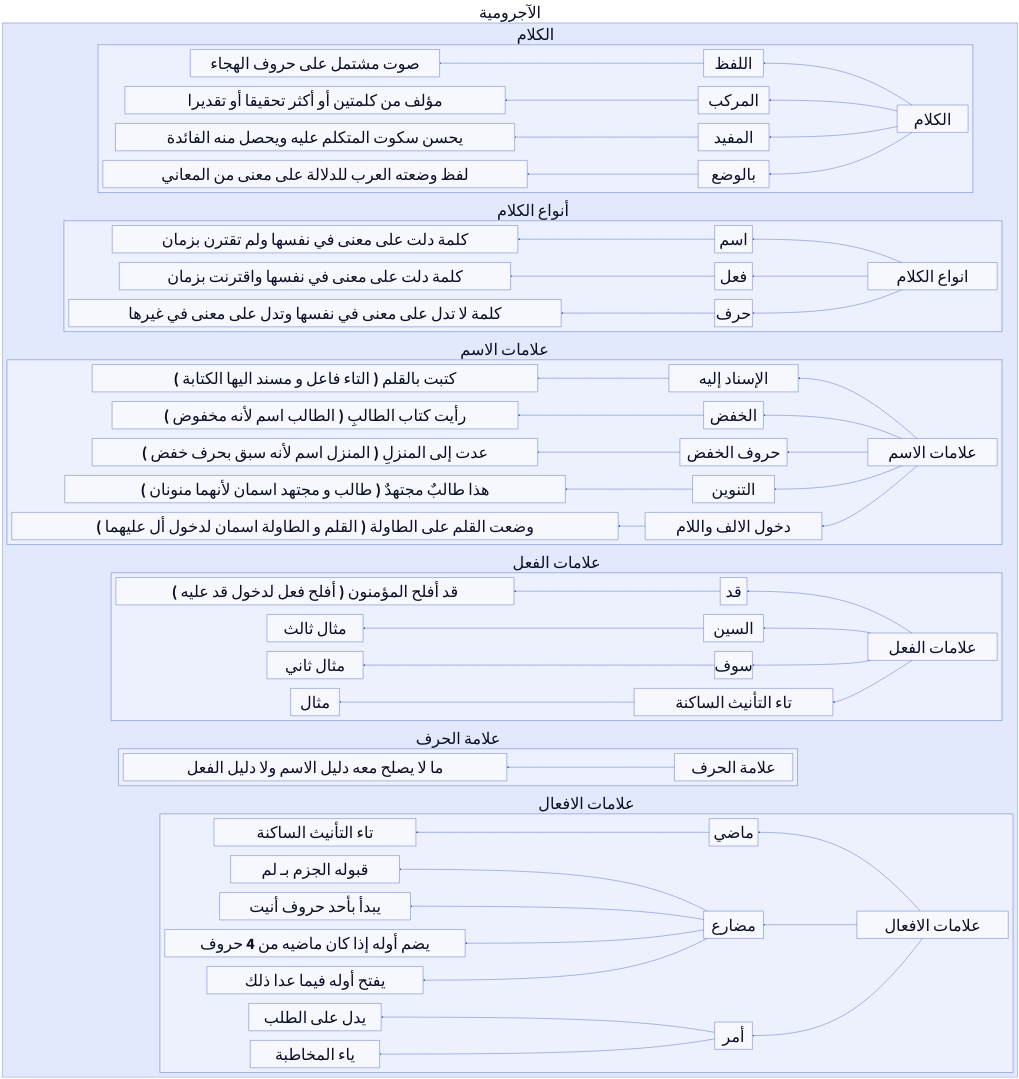
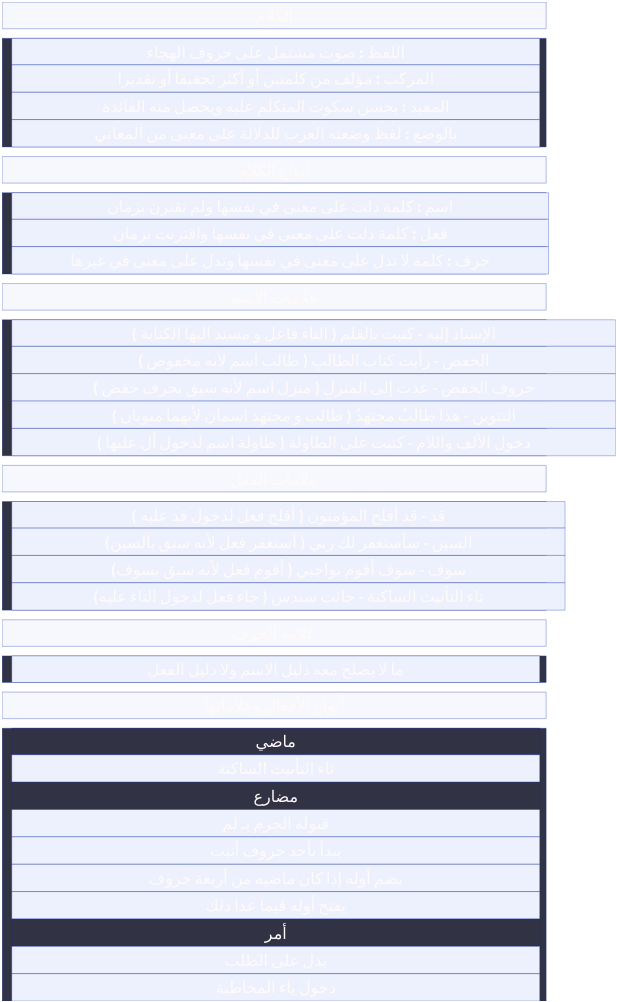
One commit to sanabel-al-firdaws/sanabel-al-firdaws.github.io changed the diagram in src/content/docs/arabic/al-ajoromia.md. Above: the diagram before and after it, drawn with D2. The commit also changed 1 other file, not shown here.

````diff
--- a/src/content/docs/arabic/al-ajoromia.md
+++ b/src/content/docs/arabic/al-ajoromia.md
@@ -416,72 +416,96 @@
-```d2 
+```d2
+
 direction: left
 
 **: {
-    style.font-size: 100
-} 
+  style.font-size: 100
+  vertical-gap: 0
+  style.font-color: "#fffafa"
+}
+body*: {width: 3400}
+grid*: {width: 3400}
+
+body: "الكلام"
+grid: "" {
+  grid-columns: 1
+
+  اللفظ \: صوت مشتمل على حروف الهجاء  :{width: 3300}
+  المركب \: مؤلف من كلمتين أو أكثر تحقيقا أو تقديرا
+  المفيد \: يحسن سكوت المتكلم عليه ويحصل منه الفائدة
+  بالوضع  \: لفظ وضعته العرب للدلالة على معنى من المعاني
+}
+
+body1: "أنواع الكلام"
+grid1: "" {
+  grid-columns: 1
+
+  اسم \: كلمة دلت على معنى في نفسها ولم تقترن بزمان: {width: 3300}
+  فعل \: كلمة دلت على معنى في نفسها واقترنت بزمان
+  حرف \: كلمة لا تدل على معنى في نفسها وتدل على معنى في غيرها
+}
+
+body2: "علامات الاسم"
+grid2: "" {
+  grid-columns: 1
+
+  الإسناد إليه - كتبت بالقلم  ( التاء فاعل و مسند اليها الكتابة ): {width: 3300}
+  الخفض - رأيت كتاب الطالبِ ( طالب اسم لأنه مخفوض )
+  حروف الخفض - عدت إلى المنزلِ ( منزل اسم لأنه سبق بحرف خفض )
+  التنوين - هذا طالبٌ مجتهدٌ ( طالب و مجتهد اسمان لأنهما منونان )
+  دخول الألف واللام - كتبت على الطاولة ( طاولة اسم لدخول أل عليها )
+}
+
+body3: "علامات الفعل"
+grid3: "" {
+  grid-columns: 1
+
+  قد - قد أفلح المؤمنون  ( أفلح فعل لدخول قد عليه ) : {width: 3300}
+  السين - سأستغفر لك ربي ( أستغفر فعل لأنه سبق بالسين)
+  سوف - سوف أفوم بواجبي ( أقوم فعل لأنه سبق بسوف)
+  تاء التأنيث الساكنة - جائت سندس ( جاء فعل لدخول التاء عليه)
+}
+
+body4: "علامة الحرف"
+grid4: "" {
+  grid-columns: 1
+  ما لا يصلح معه دليل الاسم ولا دليل الفعل: {width: 3300}
+}
+
+body5: "أنواع الأفعال وعلاماتها"
+grid5: "" {
+  grid-columns: 1
+  ماضي: {width: 3300; style.fill: "#313244"}
+  تاء  التأنيث الساكنة
+  مضارع :{style.fill: "#313244"}
+  قبوله الجزم بـ لم
+  يبدأ بأحد حروف أنيت
+  يضم أوله إذا كان ماضيه من أربعة حروف
+  يفتح أوله فيما عدا ذلك
+
+  أمر :{style.fill: "#313244"}
+  يدل على الطلب
+  دخول ياء المخاطبة
+}
 
 
-الآجرومية:{
-    الكلام: {
-الكلام -> اللفظ -> صوت مشتمل على حروف الهجاء
-الكلام -> المركب -> مؤلف من كلمتين أو أكثر تحقيقا أو تقديرا
-الكلام -> المفيد -> يحسن سكوت المتكلم عليه ويحصل منه الفائدة
-الكلام -> بالوضع ->  لفظ وضعته العرب للدلالة على معنى من المعاني
-    }
-    أنواع الكلام: {
-انواع الكلام -> اسم
-انواع الكلام -> فعل
-انواع الكلام -> حرف
-
-اسم -> كلمة دلت على معنى في نفسها ولم تقترن بزمان
-فعل -> كلمة دلت على معنى في نفسها واقترنت بزمان  
-حرف -> كلمة لا تدل على معنى في نفسها وتدل على معنى في غيرها
-}
-
-علامات الاسم : {
-
-علامات الاسم -> الإسناد إليه -> كتبت بالقلم  ( التاء فاعل و مسند اليها الكتابة ) 
-علامات الاسم -> الخفض -> رأيت كتاب الطالبِ ( الطالب اسم لأنه مخفوض ) 
-علامات الاسم -> حروف الخفض -> عدت إلى المنزلِ ( المنزل اسم لأنه سبق بحرف خفض ) 
-علامات الاسم -> التنوين-> هذا طالبٌ مجتهدٌ ( طالب و مجتهد اسمان لأنهما منونان ) 
-علامات الاسم -> دخول الالف واللام ->  وضعت القلم على الطاولة ( القلم و الطاولة اسمان لدخول أل عليهما ) 
-
-}
-
-علامات الفعل : {
-علامات الفعل -> قد -> قد أفلح المؤمنون ( أفلح فعل لدخول قد عليه ) 
-علامات الفعل -> السين -> مثال ثالث
-علامات الفعل -> سوف -> مثال ثاني
-علامات الفعل -> تاء التأنيث الساكنة -> مثال
-}
-علامة الحرف : {
-
-علامة الحرف -> ما لا يصلح معه دليل الاسم ولا دليل الفعل 
-
-}
-
- 
+# N1: "#CDD6F4",
+# N2: "#BAC2DE",
+# N3: "#A6ADC8",
+# N4: "#585B70",
+# N5: "#45475A",
+# N6: "#313244",
+# N7: "#1E1E2E",
 
 
-علامات الافعال :{
-علامات الافعال -> ماضي
-علامات الافعال -> مضارع
-علامات الافعال -> أمر
+vars: {
+    d2-config: {
+      theme-overrides: {
 
-ماضي -> تاء  التأنيث الساكنة 
+        # B2: "#66BB6A"
+        # B3: "#A5D6A7"
+        B4: "#313244"
 
-مضارع -> قبوله الجزم بـ لم
-مضارع -> يبدأ بأحد حروف أنيت
-مضارع -> يضم أوله إذا كان ماضيه من 4 حروف
-مضارع -> يفتح أوله فيما عدا ذلك
-
-
-أمر->  يدل على الطلب
-أمر->  ياء المخاطبة
-
-}
-# أمر -> ما دل على امر يطلب حصوله بعد زمان التكلم 
-
-}
-
+      }
+    }
+  }
 ```
````
